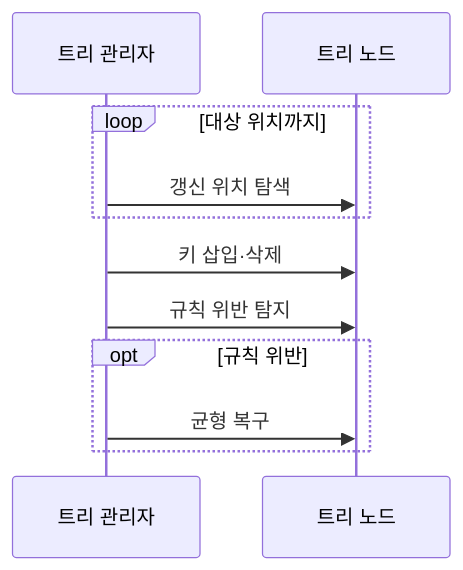
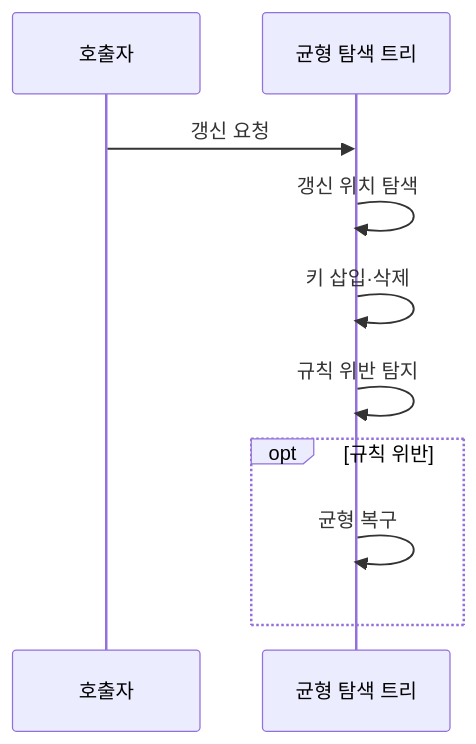
One commit to agnusdei1207/knowledge-base changed the second of 3 diagrams in src/content/docs/notes/01-basic-theory/008_tree_data_structures.md. Above: the diagram before and after it, drawn with Mermaid. The commit also changed other lines of this file and 7 other files, not shown here.

````diff
--- a/src/content/docs/notes/01-basic-theory/008_tree_data_structures.md
+++ b/src/content/docs/notes/01-basic-theory/008_tree_data_structures.md
@@ -86,13 +83,12 @@
 ```mermaid
 sequenceDiagram
-    participant T as 트리 관리자
-    participant N as 트리 노드
-    loop 대상 위치까지
-        T->>N: 갱신 위치 탐색
-    end
-    T->>N: 키 삽입·삭제
-    T->>N: 규칙 위반 탐지
+    participant C as 호출자
+    participant T as 균형 탐색 트리
+    C->>T: 갱신 요청
+    T->>T: 갱신 위치 탐색
+    T->>T: 키 삽입·삭제
+    T->>T: 규칙 위반 탐지
     opt 규칙 위반
-        T->>N: 균형 복구
+        T->>T: 균형 복구
     end
 ```
````
